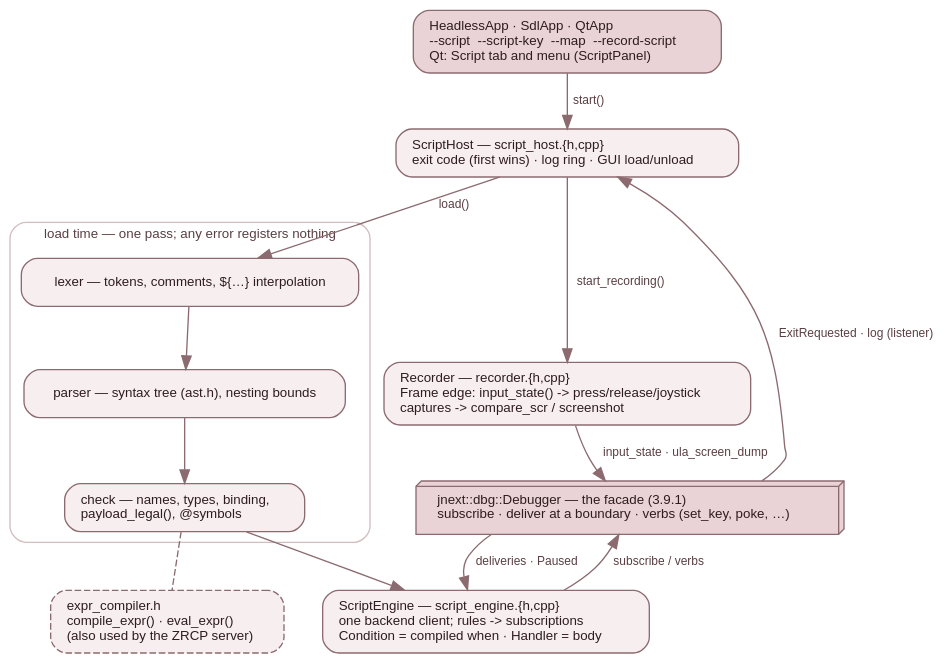
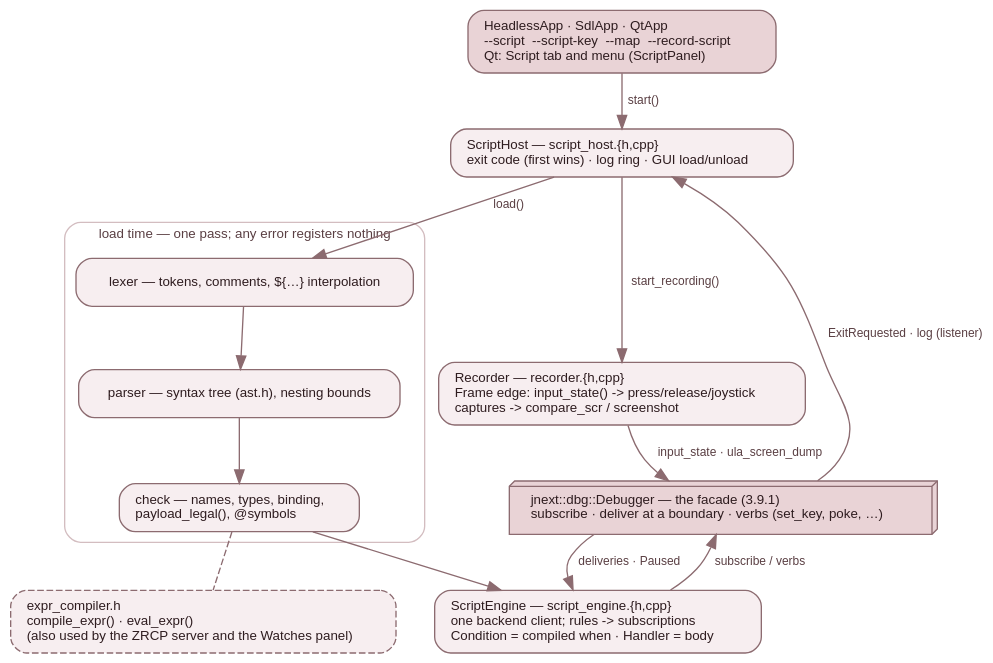
Before and after one commit to jorgegv/jnext: the diagram in src/doc/developer-guide/diagrams/script-pipeline.dot, drawn with Graphviz. The commit also changed 11 other files, not shown here.

```diff
--- a/src/doc/developer-guide/diagrams/script-pipeline.dot
+++ b/src/doc/developer-guide/diagrams/script-pipeline.dot
@@ -1,55 +1,55 @@
 // The debugger scripting language (src/script/), from text to the backend and
 // back: chapter 3.10.6.
 //
 // Rendered by `make docs-devguide-diagrams` into ../img/script-pipeline.svg,
 // which is COMMITTED. Edit this file, never the SVG.
 //
 // Two halves: LOAD time (left column, top to bottom: one pass over the text,
 // nothing registered on any error) and RUN time (the backend delivers, the
 // rule body acts). The loop owners reach the engine and the recorder only
 // through ScriptHost; the engine and the recorder reach the machine only
 // through the Debugger facade.
 //
 // Palette: the page theme's pastel dark red family (see css/theme.css), as the
 // other figures. Light fills, dark labels, transparent canvas.
 digraph script_pipeline {
     bgcolor="transparent";
     rankdir=TB;
     fontname="Helvetica";
     ranksep=0.45;
     nodesep=0.40;
     node [shape=box, style="filled,rounded", fontname="Helvetica", fontsize=10,
           fillcolor="#f7eef0", color="#8c6b70", fontcolor="#2e1c1f", margin="0.16,0.10"];
     edge [color="#8c6b70", fontname="Helvetica", fontsize=9, fontcolor="#5a3f43"];
 
     owners [label="HeadlessApp · SdlApp · QtApp\l--script  --script-key  --map  --record-script\lQt: Script tab and menu (ScriptPanel)\l",
             fillcolor="#e9d3d6"];
     host [label="ScriptHost — script_host.{h,cpp}\lexit code (first wins) · log ring · GUI load/unload\l"];
 
     subgraph cluster_load {
         label="load time — one pass; any error registers nothing";
         fontname="Helvetica"; fontsize=10; fontcolor="#5a3f43";
         color="#d3bdc0"; style="rounded";
         lexer  [label="lexer — tokens, comments, ${…} interpolation"];
         parser [label="parser — syntax tree (ast.h), nesting bounds"];
         check  [label="check — names, types, binding,\lpayload_legal(), @symbols\l"];
         lexer -> parser -> check;
     }
 
     engine [label="ScriptEngine — script_engine.{h,cpp}\lone backend client; rules -> subscriptions\lCondition = compiled when · Handler = body\l"];
     recorder [label="Recorder — recorder.{h,cpp}\lFrame edge: input_state() -> press/release/joystick\lcaptures -> compare_scr / screenshot\l"];
-    library [label="expr_compiler.h\lcompile_expr() · eval_expr()\l(also used by the ZRCP server)\l", style="filled,rounded,dashed"];
+    library [label="expr_compiler.h\lcompile_expr() · eval_expr()\l(also used by the ZRCP server and the Watches panel)\l", style="filled,rounded,dashed"];
 
     dbg [label="jnext::dbg::Debugger — the facade (3.9.1)\lsubscribe · deliver at a boundary · verbs (set_key, poke, …)\l",
          shape=box3d, style="filled", fillcolor="#e9d3d6", margin="0.22,0.12"];
 
     owners -> host [label=" start()"];
     host -> lexer [label=" load()"];
     check -> engine;
     host -> recorder [label=" start_recording()"];
     check -> library [style=dashed, arrowhead=none];
     engine -> dbg [label=" subscribe / verbs"];
     dbg -> engine [label=" deliveries · Paused"];
     recorder -> dbg [label=" input_state · ula_screen_dump"];
     dbg -> host [label=" ExitRequested · log (listener)"];
 }
```
